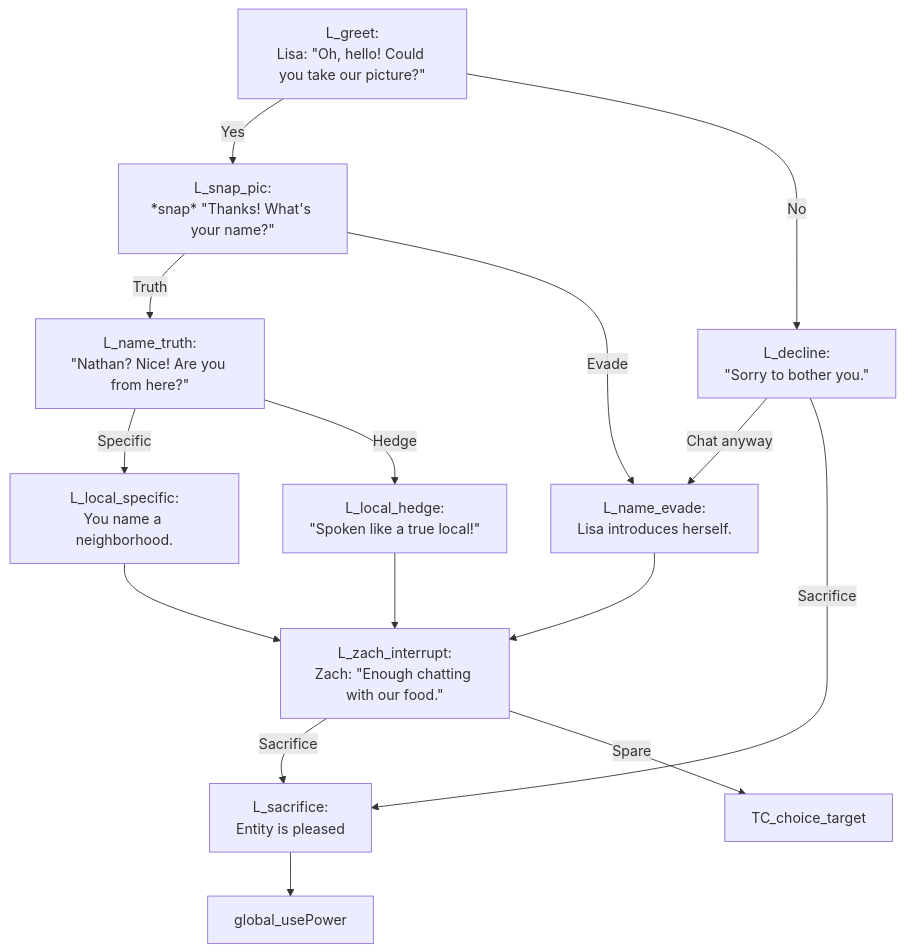
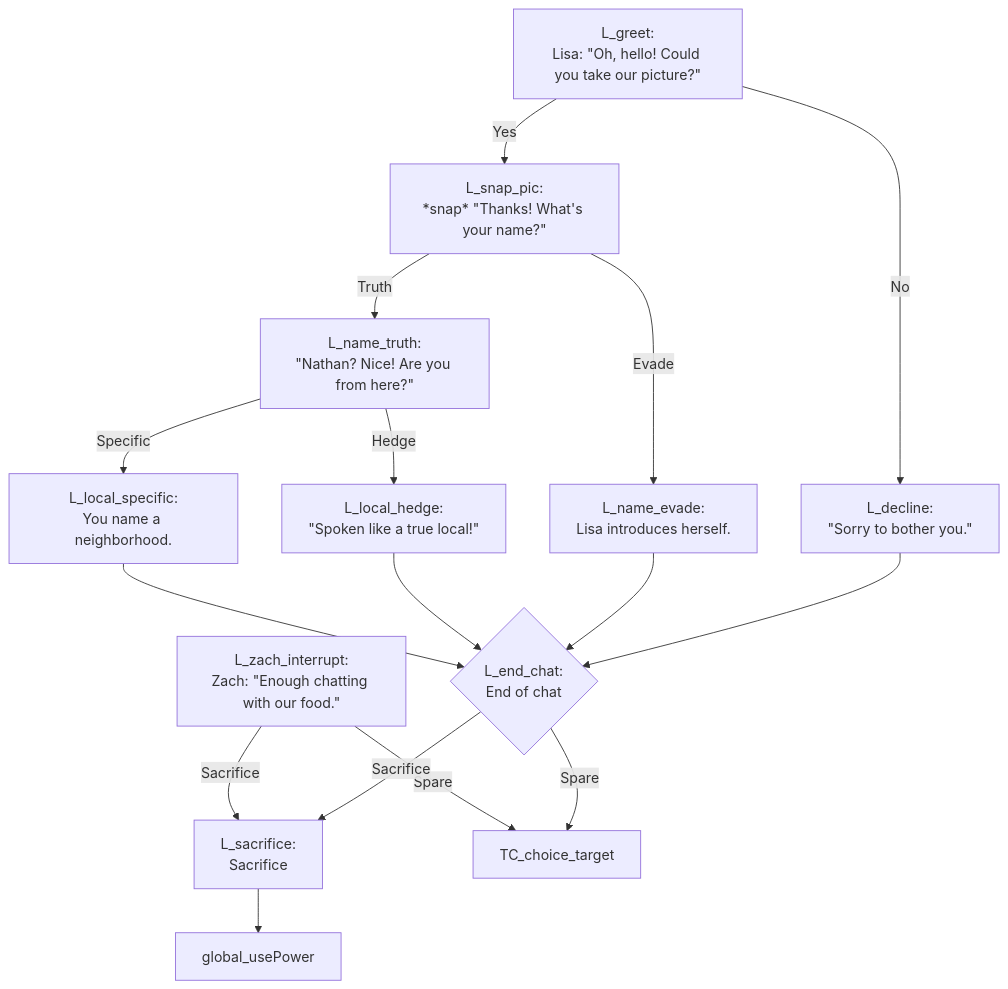
Before and after one commit to ivalace/horror-game-jam-2025: the diagram in Lisa.mmd, drawn with Mermaid. The commit also changed 9 other files, not shown here.

```diff
--- a/Lisa.mmd
+++ b/Lisa.mmd
@@ -1,22 +1,24 @@
 flowchart TD
 direction LR
 L_greet["L_greet:<br/>Lisa: &quot;Oh, hello! Could you take our picture?&quot;"] -->|Yes| L_snap_pic
 L_greet -->|No| L_decline
 
 L_snap_pic["L_snap_pic:<br/>*snap* &quot;Thanks! What's your name?&quot;"] -->|Truth| L_name_truth
 L_snap_pic -->|Evade| L_name_evade
 
 L_name_truth["L_name_truth:<br/>&quot;Nathan? Nice! Are you from here?&quot;"] -->|Specific| L_local_specific
 L_name_truth -->|Hedge| L_local_hedge
-L_local_specific["L_local_specific:<br/>You name a neighborhood."] --> L_zach_interrupt
-L_local_hedge["L_local_hedge:<br/>&quot;Spoken like a true local!&quot;"] --> L_zach_interrupt
+L_local_specific["L_local_specific:<br/>You name a neighborhood."] --> L_end_chat
+L_local_hedge["L_local_hedge:<br/>&quot;Spoken like a true local!&quot;"] --> L_end_chat
 
-L_name_evade["L_name_evade:<br/>Lisa introduces herself."] --> L_zach_interrupt
+L_name_evade["L_name_evade:<br/>Lisa introduces herself."] --> L_end_chat
 
-L_decline["L_decline:<br/>&quot;Sorry to bother you.&quot;"] -->|"Chat anyway"| L_name_evade
-L_decline -->|Sacrifice| L_sacrifice
+L_decline["L_decline:<br/>&quot;Sorry to bother you.&quot;"] --> L_end_chat
 
 L_zach_interrupt["L_zach_interrupt:<br/>Zach: &quot;Enough chatting with our food.&quot;"] -->|Sacrifice| L_sacrifice
 L_zach_interrupt -->|Spare| TC_choice_target
 
-L_sacrifice["L_sacrifice:<br/>Entity is pleased"] --> global_usePower
+L_end_chat{"L_end_chat:<br/>End of chat"} -->|Sacrifice| L_sacrifice
+L_end_chat -->|Spare| TC_choice_target
+
+L_sacrifice["L_sacrifice:<br/>Sacrifice"] --> global_usePower
```
